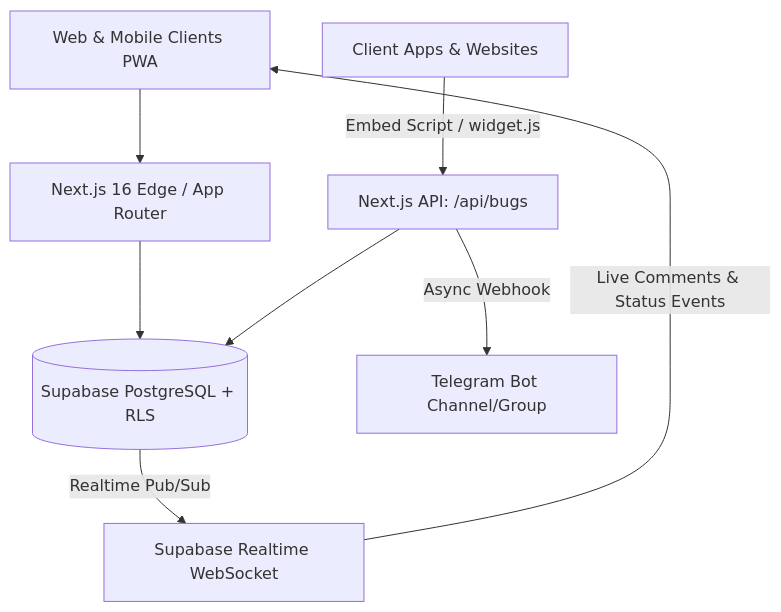
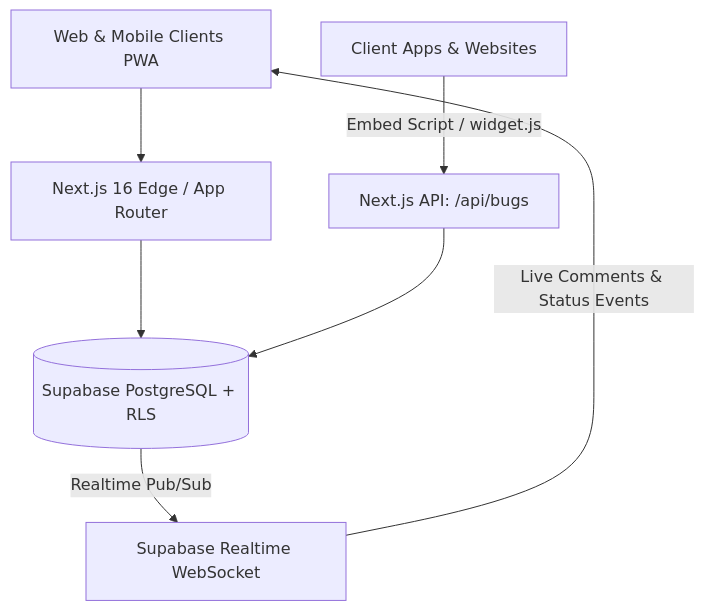
The diagram in ARCHITECTURE.md (mrdevs2011/IFoundBug), drawn with Mermaid before and after one commit. The commit also changed other lines of this file and 18 other files, not shown here.

````diff
--- a/ARCHITECTURE.md
+++ b/ARCHITECTURE.md
@@ -6,10 +6,9 @@
 ```mermaid
 graph TD
     Client[Web & Mobile Clients PWA] --> NextEdge[Next.js 16 Edge / App Router]
     ExternalApp[Client Apps & Websites] -->|Embed Script / widget.js| APIBug[Next.js API: /api/bugs]
     NextEdge --> SupaDB[(Supabase PostgreSQL + RLS)]
     APIBug --> SupaDB
-    APIBug -->|Async Webhook| TG[Telegram Bot Channel/Group]
     SupaDB -->|Realtime Pub/Sub| RealtimeEngine[Supabase Realtime WebSocket]
     RealtimeEngine -->|Live Comments & Status Events| Client
 ```
````
